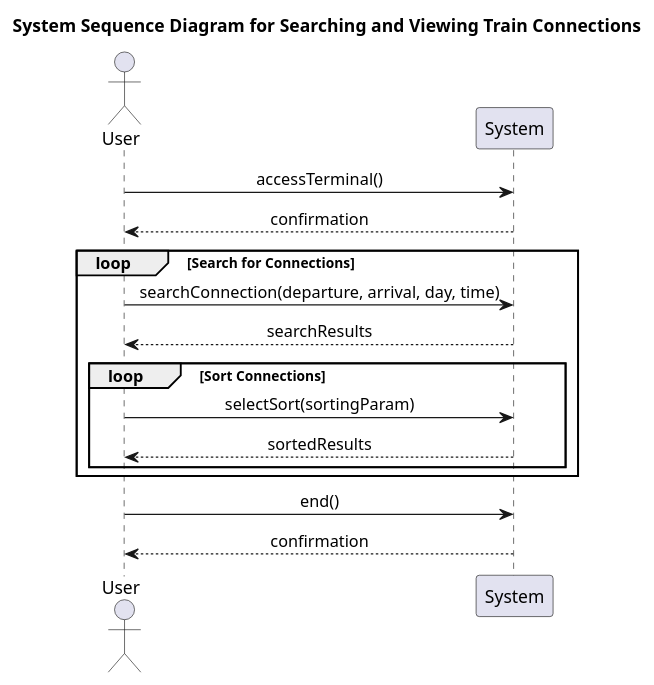
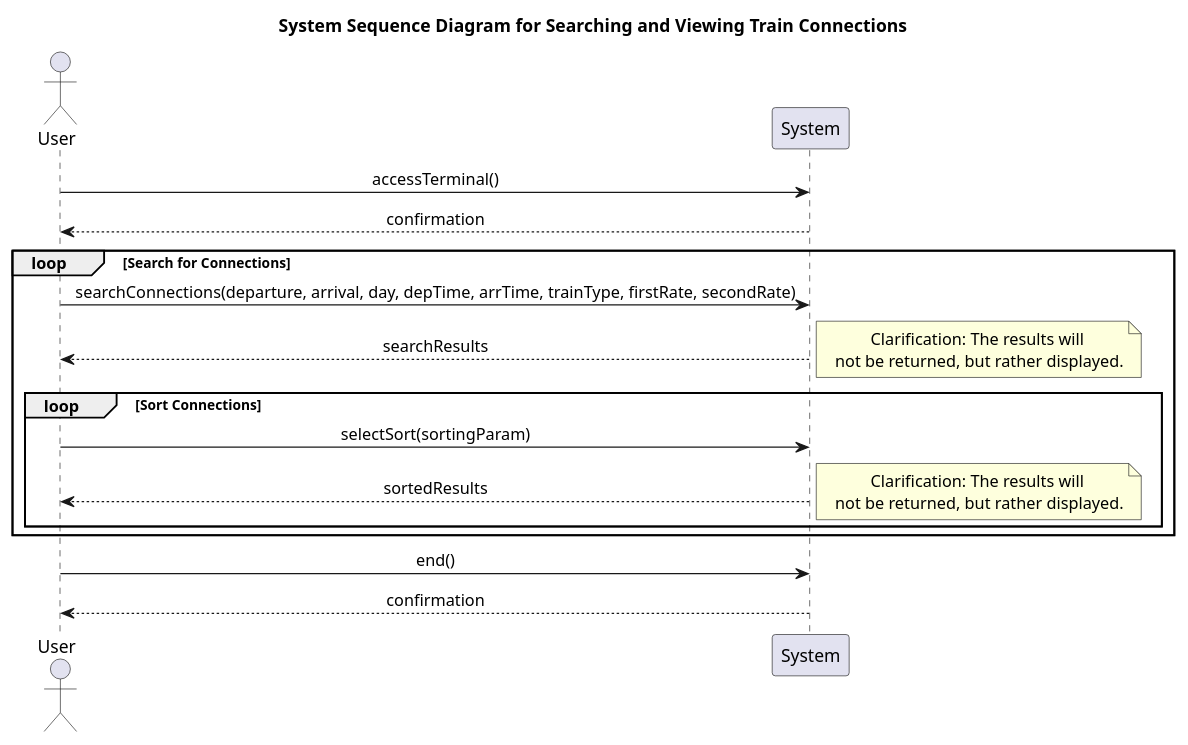
One commit to Cimpo1/SOEN342_2025 changed the diagram in docs/Sequence.plantuml. Above: the diagram before and after it, drawn with PlantUML. The commit also changed 9 other files, not shown here.

Commit message:
added features & functions for searchConnections

```diff
--- a/docs/Sequence.plantuml
+++ b/docs/Sequence.plantuml
@@ -1,19 +1,28 @@
 @startuml Sequence Diagram
 skinparam sequenceMessageAlign center
+skinparam noteTextAlignment center
 title "System Sequence Diagram for Searching and Viewing Train Connections"
 actor User
 participant "System" as terminal
 
 User -> terminal : accessTerminal()
 terminal --> User : confirmation
 loop Search for Connections
-    User -> terminal : searchConnection(departure, arrival, day, time)
+    User -> terminal : searchConnections(departure, arrival, day, depTime, arrTime, trainType, firstRate, secondRate)
     terminal --> User : searchResults
+    note right
+        Clarification: The results will 
+        not be returned, but rather displayed.
+    endnote
     loop Sort Connections
     User -> terminal : selectSort(sortingParam)
     terminal --> User : sortedResults
+    note right
+        Clarification: The results will 
+        not be returned, but rather displayed.
+    endnote
     end
 end
 User -> terminal : end()
 terminal --> User : confirmation
 @enduml
```
